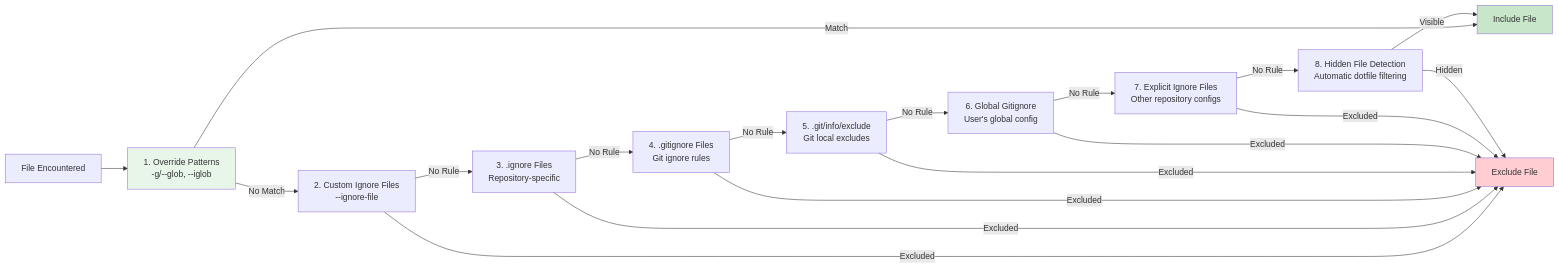
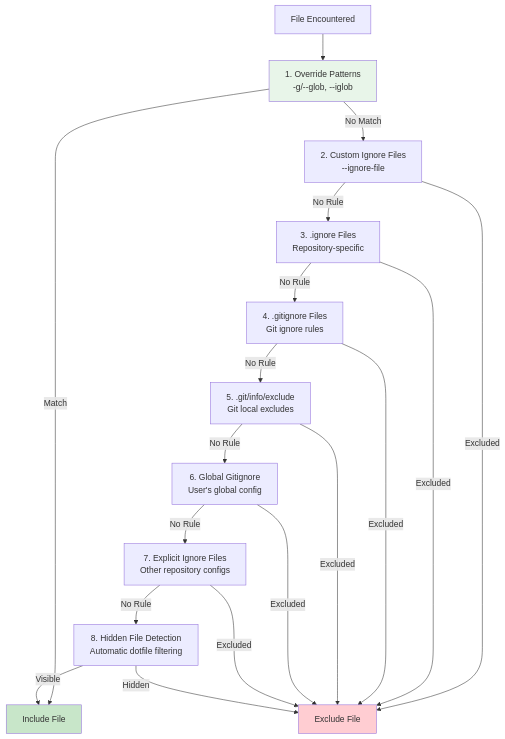
One commit to iepathos/ripgrep changed the second of 2 diagrams in docs/manual-filtering-globs.md. Above: the diagram before and after it, drawn with Mermaid. The commit also changed other lines of this file and 10 other files, not shown here.

First line of the commit message:
fix: improve Mermaid diagram readability

````diff
--- a/docs/manual-filtering-globs.md
+++ b/docs/manual-filtering-globs.md
@@ -283,40 +283,40 @@
 ```mermaid
-graph LR
+graph TD
     File[File Encountered] --> L1["1. Override Patterns
     -g/--glob, --iglob"]
 
     L1 -->|Match| Include[Include File]
     L1 -->|No Match| L2["2. Custom Ignore Files
     --ignore-file"]
 
     L2 -->|Excluded| Exclude[Exclude File]
     L2 -->|No Rule| L3["3. .ignore Files
     Repository-specific"]
 
     L3 -->|Excluded| Exclude
     L3 -->|No Rule| L4["4. .gitignore Files
     Git ignore rules"]
 
     L4 -->|Excluded| Exclude
     L4 -->|No Rule| L5["5. .git/info/exclude
     Git local excludes"]
 
     L5 -->|Excluded| Exclude
     L5 -->|No Rule| L6["6. Global Gitignore
     User's global config"]
 
     L6 -->|Excluded| Exclude
     L6 -->|No Rule| L7["7. Explicit Ignore Files
     Other repository configs"]
 
     L7 -->|Excluded| Exclude
     L7 -->|No Rule| L8["8. Hidden File Detection
     Automatic dotfile filtering"]
 
     L8 -->|Hidden| Exclude
     L8 -->|Visible| Include
 
     style L1 fill:#e8f5e9
     style Include fill:#c8e6c9
     style Exclude fill:#ffcdd2
 ```
````
